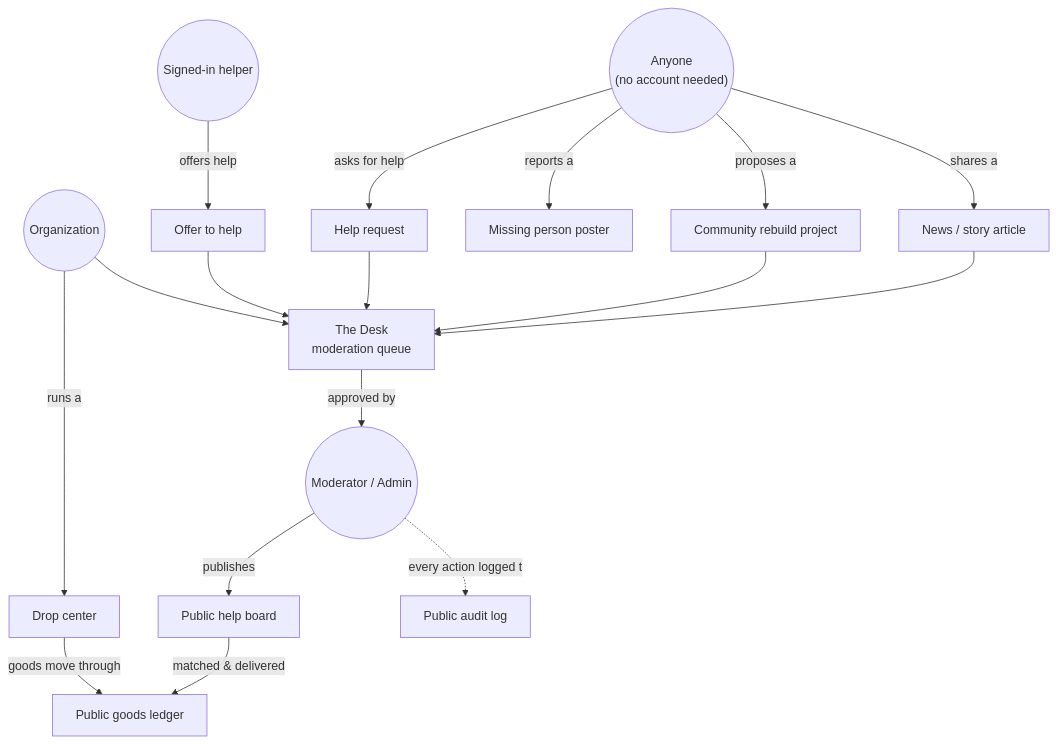
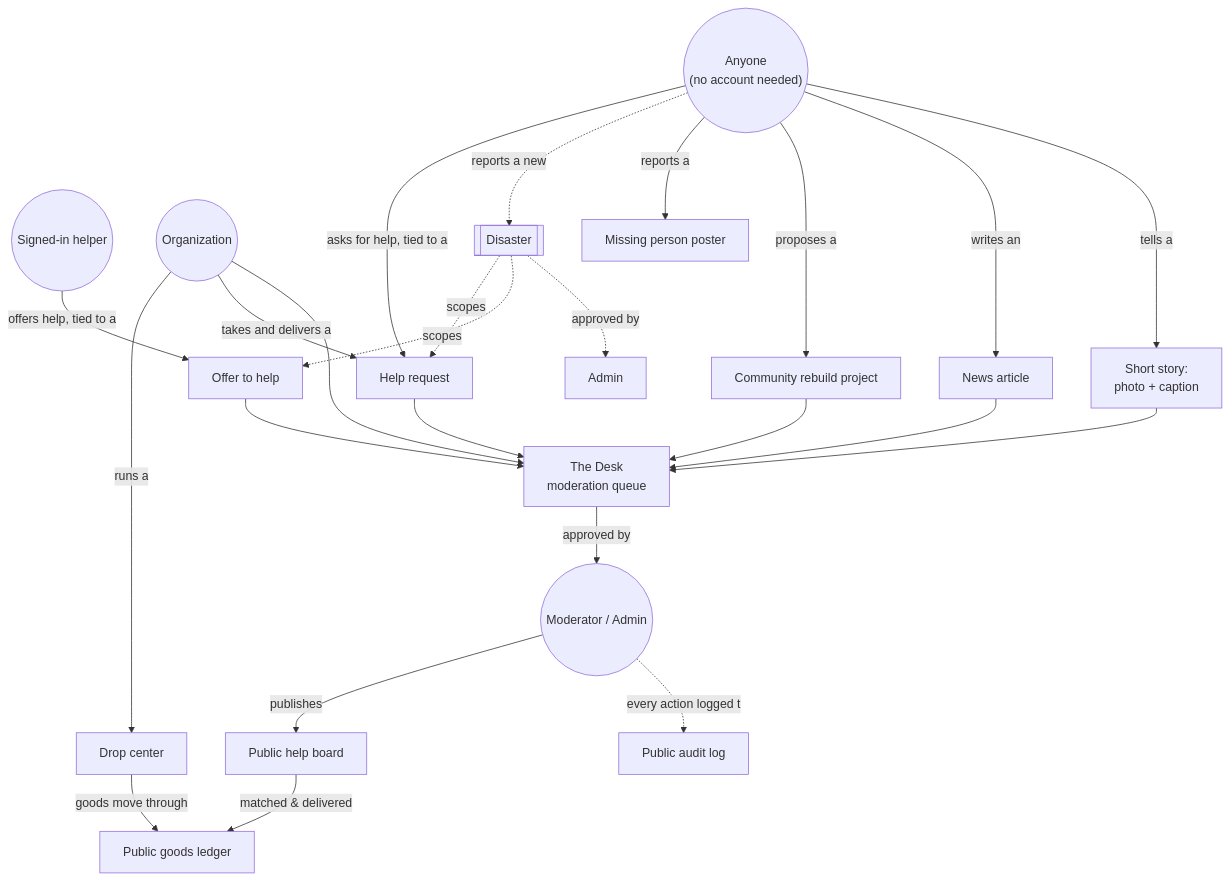
Before and after one commit to onlyutils/verified-nepal: the first of 6 diagrams in docs/FEATURES.md, drawn with Mermaid. The commit also changed other lines of this file and 5 other files, not shown here.

First line of the commit message:
docs: refresh README/FEATURES/GOVERNANCE/DESIGN-* for multi-disaster, stories, org-fulfillment, helper groups

````diff
--- a/docs/FEATURES.md
+++ b/docs/FEATURES.md
@@ -21,27 +21,34 @@
 ```mermaid
 flowchart TB
     public(("Anyone<br/>(no account needed)"))
     helper(("Signed-in helper"))
     org(("Organization"))
     mod(("Moderator / Admin"))
 
-    public -->|asks for help| need[Help request]
-    helper -->|offers help| offer[Offer to help]
+    public -->|asks for help, tied to a| need[Help request]
+    helper -->|offers help, tied to a| offer[Offer to help]
+    public -.reports a new.-> disaster[[Disaster]]
+    disaster -.scopes.-> need
+    disaster -.scopes.-> offer
     public -->|reports a| missing[Missing person poster]
     public -->|proposes a| project[Community rebuild project]
-    public -->|shares a| article[News / story article]
+    public -->|writes an| article[News article]
+    public -->|tells a| story[Short story:<br/>photo + caption]
     org -->|runs a| center[Drop center]
+    org -->|takes and delivers a| need
 
     need --> desk[The Desk<br/>moderation queue]
     offer --> desk
     project --> desk
     article --> desk
+    story --> desk
     org --> desk
+    disaster -.approved by.-> admin3[Admin]
 
     desk -->|approved by| mod
     mod -->|publishes| board[Public help board]
     center -->|goods move through| ledger[Public goods ledger]
     board -->|matched & delivered| ledger
 
     mod -.every action logged to.-> audit[Public audit log]
 ```
````
